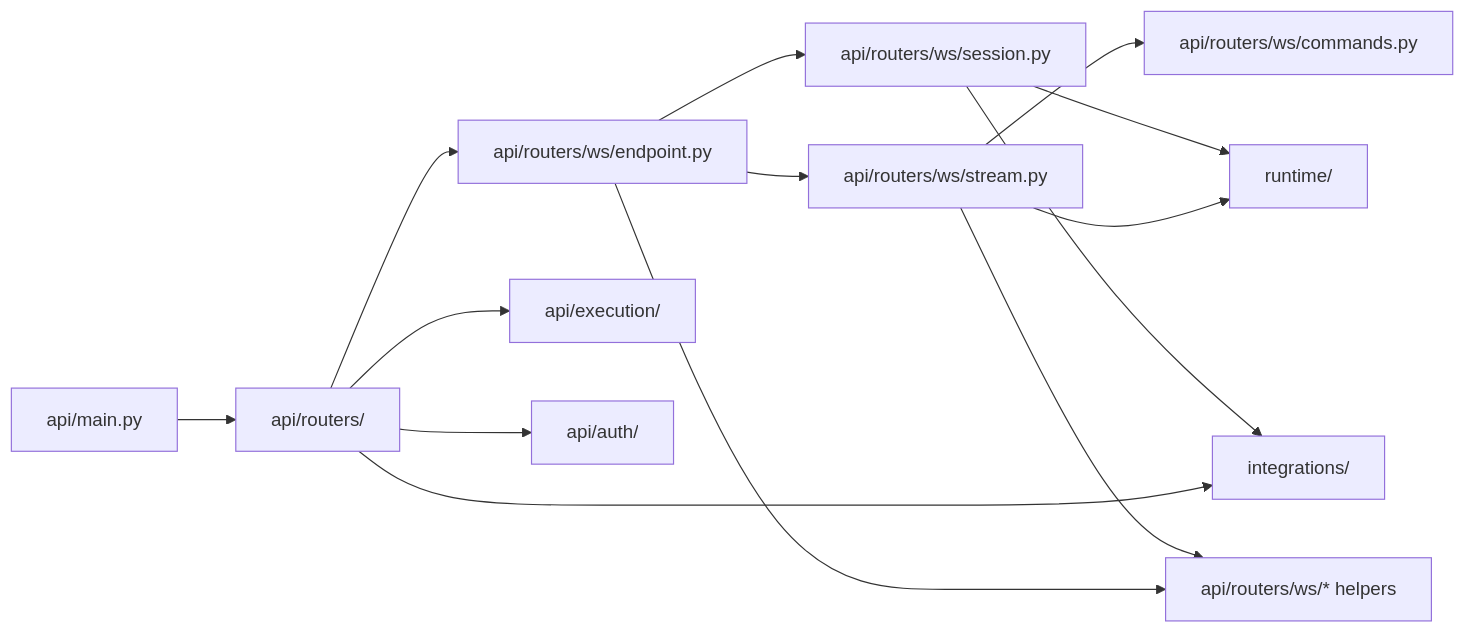
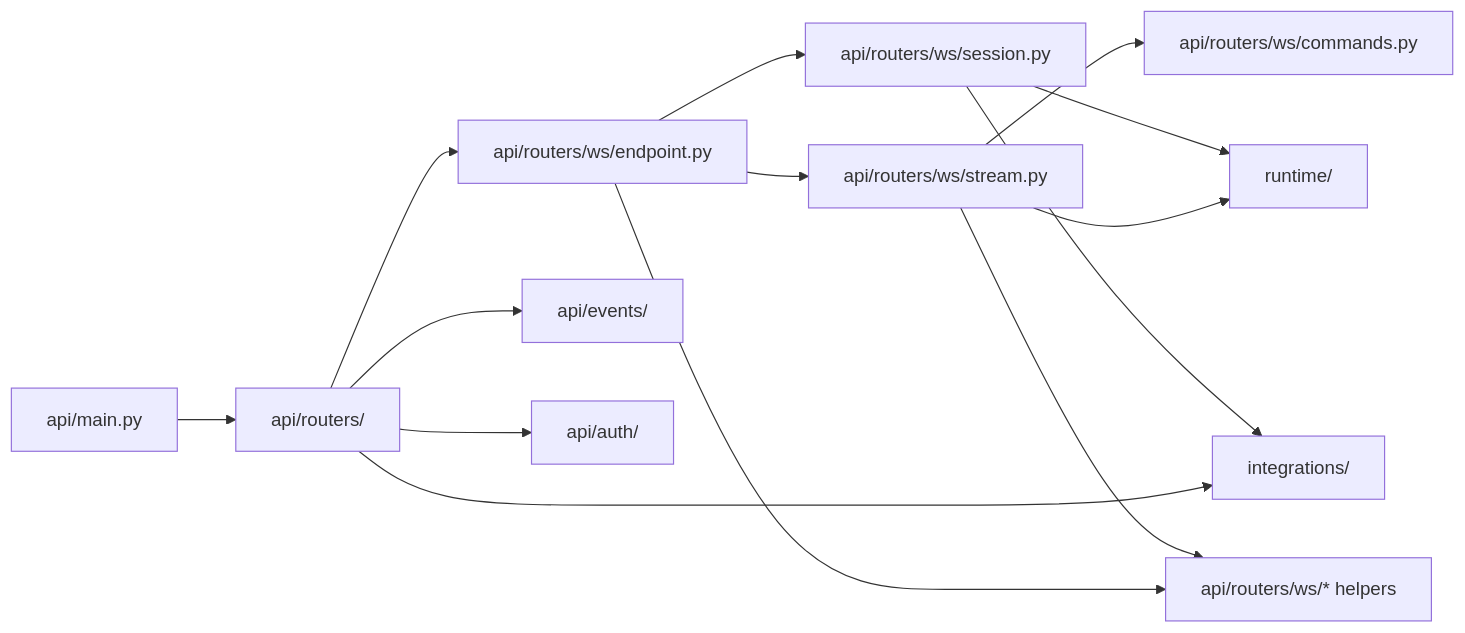
Before and after one commit to Qredence/fleet-rlm: the third of 3 diagrams in docs/reference/module-map.md, drawn with Mermaid. The commit also changed other lines of this file and 103 other files, not shown here.

````diff
--- a/docs/reference/module-map.md
+++ b/docs/reference/module-map.md
@@ -77,28 +77,28 @@
 ```mermaid
 graph LR
     APP["api/main.py"]
     ROUTERS["api/routers/"]
     WS_ENDPOINT["api/routers/ws/endpoint.py"]
     WS_STREAM["api/routers/ws/stream.py"]
     WS_SESSION["api/routers/ws/session.py"]
     WS_COMMANDS["api/routers/ws/commands.py"]
     WS_HELPERS["api/routers/ws/* helpers"]
-    EXEC["api/execution/"]
+    EXEC["api/events/"]
     AUTH["api/auth/"]
     RUNTIME["runtime/"]
     INTEGRATIONS["integrations/"]
 
     APP --> ROUTERS
     ROUTERS --> AUTH
     ROUTERS --> WS_ENDPOINT
     ROUTERS --> EXEC
     ROUTERS --> INTEGRATIONS
     WS_ENDPOINT --> WS_SESSION
     WS_ENDPOINT --> WS_STREAM
     WS_ENDPOINT --> WS_HELPERS
     WS_STREAM --> WS_COMMANDS
     WS_STREAM --> WS_HELPERS
     WS_STREAM --> RUNTIME
     WS_SESSION --> RUNTIME
     WS_SESSION --> INTEGRATIONS
 ```
````
